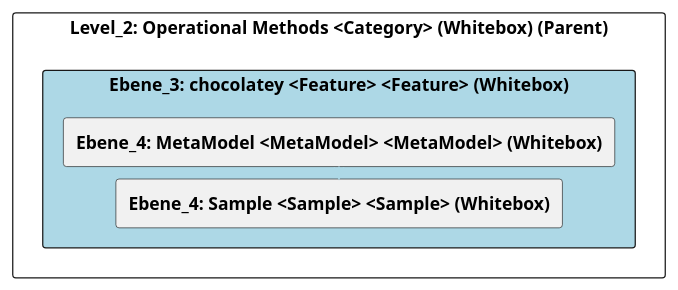
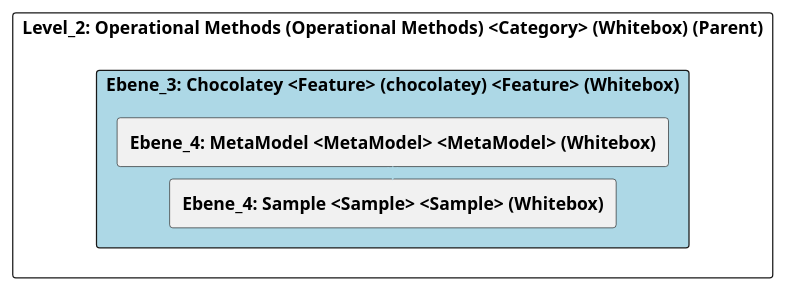
One commit to marcozwyssig/cleon changed the diagram in doc/cleonproject_deliverables_architecture_model_architecture/adoc/de/05_bausteinsicht/cleon/operational_methods/chocolatey/ebene_3_chocolatey.adoc. Above: the diagram before and after it, drawn with PlantUML. The commit also changed other lines of this file and 166 other files, not shown here.

```diff
--- a/doc/cleonproject_deliverables_architecture_model_architecture/adoc/de/05_bausteinsicht/cleon/operational_methods/chocolatey/ebene_3_chocolatey.adoc
+++ b/doc/cleonproject_deliverables_architecture_model_architecture/adoc/de/05_bausteinsicht/cleon/operational_methods/chocolatey/ebene_3_chocolatey.adoc
@@ -20,28 +20,28 @@
-[plantuml, Ebene_3: chocolatey <Feature> <Feature> (Whitebox)BlockOverview, format="svg"]
+[plantuml, Ebene_3: Chocolatey <Feature> (chocolatey) <Feature> (Whitebox)BlockOverview, format="svg"]
 ----
-@startuml Ebene_3: chocolatey <Feature> <Feature> (Whitebox)BuildingBlockOverview
+@startuml Ebene_3: Chocolatey <Feature> (chocolatey) <Feature> (Whitebox)BuildingBlockOverview
 
 skinparam ranksep 10
 skinparam componentStyle rectangle
 skinparam shadowing false
 skinparam arrowColor lightblue
 skinparam arrowThickness 1.2
 skinparam rectangle {
   BackgroundColor White
   BorderColor #333
   RoundCorner 10
 }
 top to bottom direction
 
-component "Level_2: Operational Methods <Category> (Whitebox) (Parent)" {
-    component "Ebene_3: chocolatey <Feature> <Feature> (Whitebox)" #lightblue {
+component "Level_2: Operational Methods (Operational Methods) <Category> (Whitebox) (Parent)" {
+    component "Ebene_3: Chocolatey <Feature> (chocolatey) <Feature> (Whitebox)" #lightblue {
         [**Ebene_4: MetaModel <MetaModel> <MetaModel> (Whitebox)**] as 4A570576_D579_11EE_903E_9F564E4DE07E
         [**Ebene_4: Sample <Sample> <Sample> (Whitebox)**] as 4A56DE3C_D579_11EE_903E_9F564E4DE07E
     }
 
     4A570576_D579_11EE_903E_9F564E4DE07E -down-> 4A56DE3C_D579_11EE_903E_9F564E4DE07E
     
 }
 
 @enduml
 ----
```
